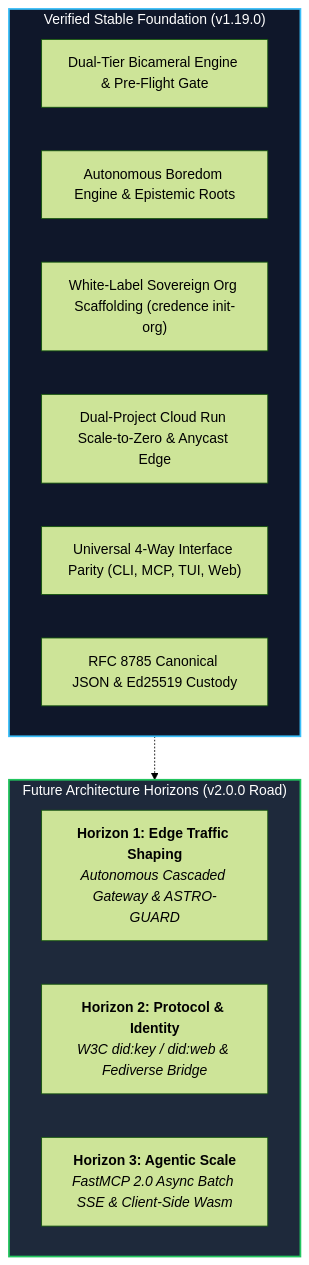
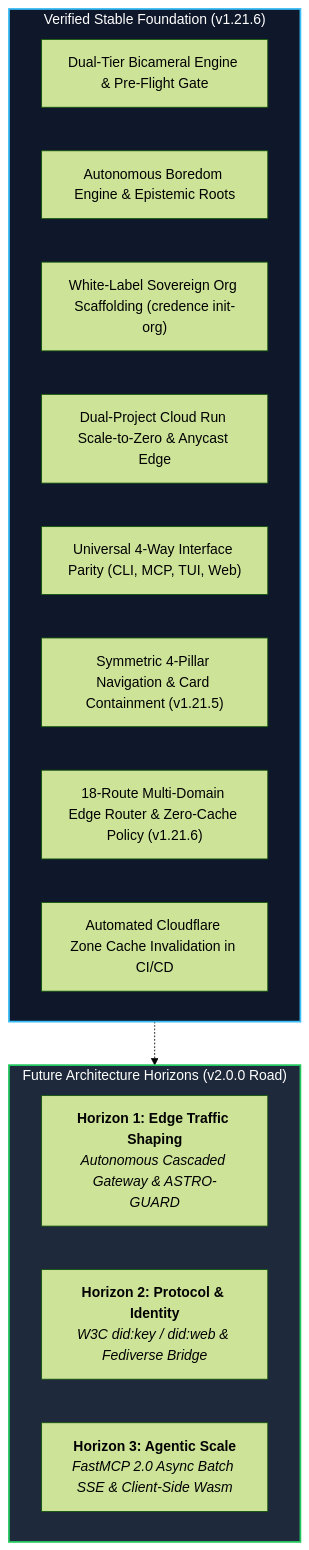
Before and after one commit to artibyrd/credence-docs: the diagram in docs/roadmap.md, drawn with Mermaid (forest theme). The commit also changed other lines of this file and 165 other files, not shown here.

````diff
--- a/docs/roadmap.md
+++ b/docs/roadmap.md
@@ -32,24 +32,26 @@
 ```mermaid
 flowchart TD
-    subgraph Foundation["Verified Stable Foundation (v1.19.0)"]
+    subgraph Foundation["Verified Stable Foundation (v1.21.6)"]
         F1["Dual-Tier Bicameral Engine & Pre-Flight Gate"]
         F2["Autonomous Boredom Engine & Epistemic Roots"]
         F3["White-Label Sovereign Org Scaffolding (credence init-org)"]
         F4["Dual-Project Cloud Run Scale-to-Zero & Anycast Edge"]
         F5["Universal 4-Way Interface Parity (CLI, MCP, TUI, Web)"]
-        F6["RFC 8785 Canonical JSON & Ed25519 Custody"]
+        F6["Symmetric 4-Pillar Navigation & Card Containment (v1.21.5)"]
+        F7["18-Route Multi-Domain Edge Router & Zero-Cache Policy (v1.21.6)"]
+        F8["Automated Cloudflare Zone Cache Invalidation in CI/CD"]
     end
 
     subgraph Horizons["Future Architecture Horizons (v2.0.0 Road)"]
         H1["<b>Horizon 1: Edge Traffic Shaping</b><br/><i>Autonomous Cascaded Gateway & ASTRO-GUARD</i>"]
         H2["<b>Horizon 2: Protocol & Identity</b><br/><i>W3C did:key / did:web & Fediverse Bridge</i>"]
         H3["<b>Horizon 3: Agentic Scale</b><br/><i>FastMCP 2.0 Async Batch SSE & Client-Side Wasm</i>"]
     end
 
     Foundation -.-> Horizons
 
     classDef darkSlate fill:#0f172a,stroke:#38bdf8,stroke-width:2px,color:#fff;
     classDef highlight fill:#1e293b,stroke:#22c55e,stroke-width:2px,color:#fff;
     class Foundation darkSlate;
     class Horizons highlight;
 ```
````
